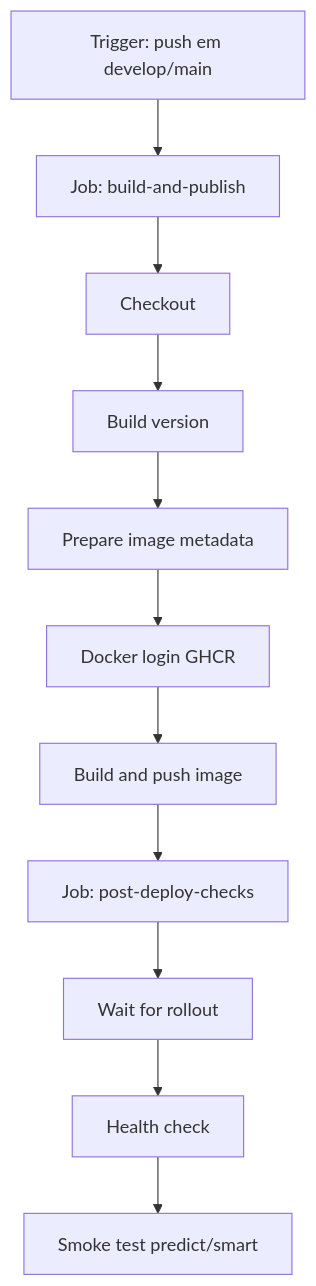
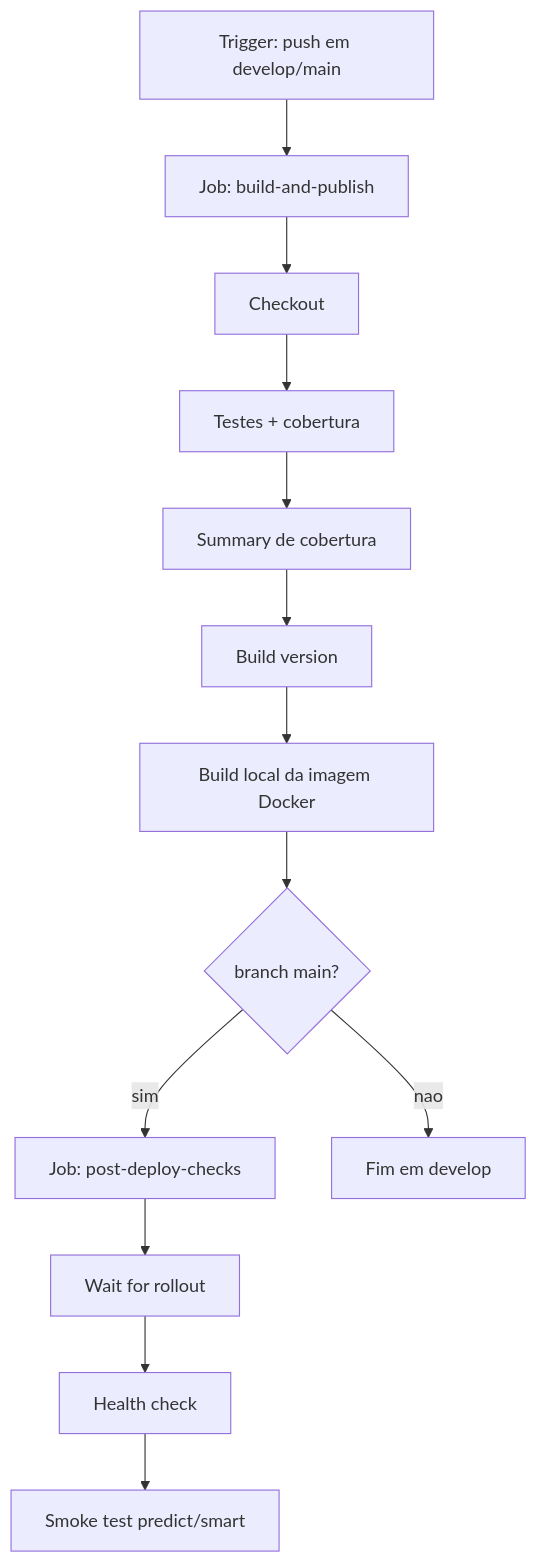
The fifth of 6 diagrams in README.md (PauloGuedes2/passos-magicos-datathon), drawn with Mermaid before and after one commit. The commit also changed other lines of this file and 1 other file, not shown here.

Commit message:
feat: incluindo actions (ci/cd) git

````diff
--- a/README.md
+++ b/README.md
@@ -326,13 +326,15 @@
 ```mermaid
 flowchart TD
     T[Trigger: push em develop/main] --> B[Job: build-and-publish]
     B --> B1[Checkout]
-    B1 --> B2[Build version]
-    B2 --> B3[Prepare image metadata]
-    B3 --> B4[Docker login GHCR]
-    B4 --> B5[Build and push image]
-    B5 --> C[Job: post-deploy-checks]
+    B1 --> B2[Testes + cobertura]
+    B2 --> B3[Summary de cobertura]
+    B3 --> B4[Build version]
+    B4 --> B5[Build local da imagem Docker]
+    B5 --> D{branch main?}
+    D -- sim --> C[Job: post-deploy-checks]
+    D -- nao --> E[Fim em develop]
     C --> C1[Wait for rollout]
     C1 --> C2[Health check]
     C2 --> C3[Smoke test predict/smart]
 ```
````
